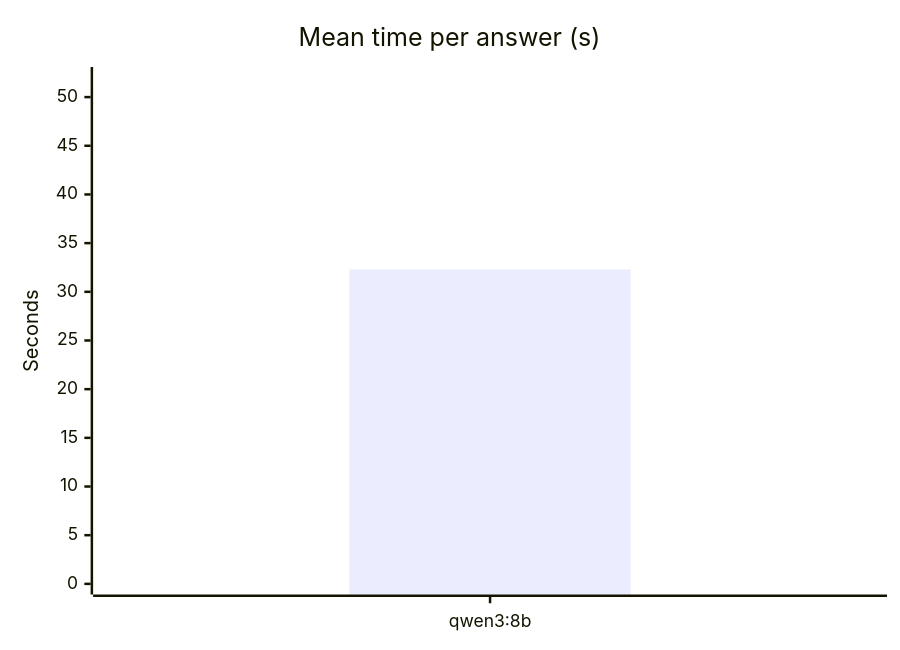
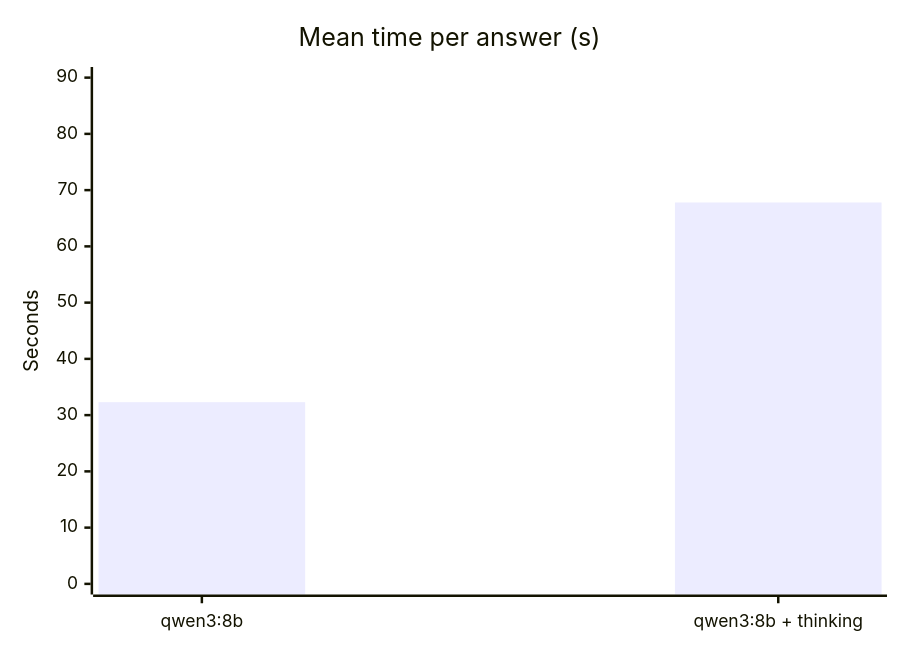
One commit to sdeparte/kb-meeting-agent changed the second of 2 diagrams in docs/benchmarks.md. Above: the diagram before and after it, drawn with Mermaid. The commit also changed other lines of this file, not shown here.

Commit message:
docs(bench): qwen3:8b with thinking on strong

````diff
--- a/docs/benchmarks.md
+++ b/docs/benchmarks.md
@@ -55,7 +56,7 @@
 ```mermaid
 xychart-beta
   title "Mean time per answer (s)"
-  x-axis ["qwen3:8b"]
-  y-axis "Seconds" 0 --> 52
-  bar [32.3]
+  x-axis ["qwen3:8b", "qwen3:8b + thinking"]
+  y-axis "Seconds" 0 --> 90
+  bar [32.3, 67.8]
 ```
````
